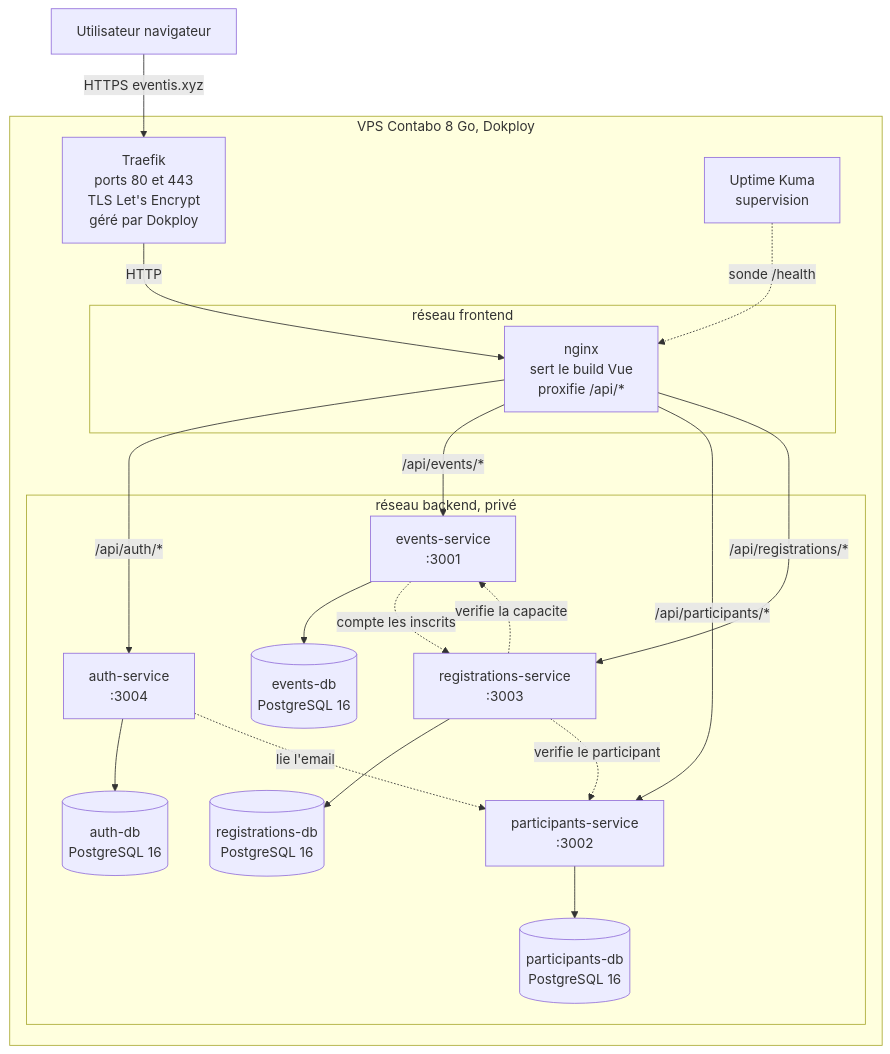
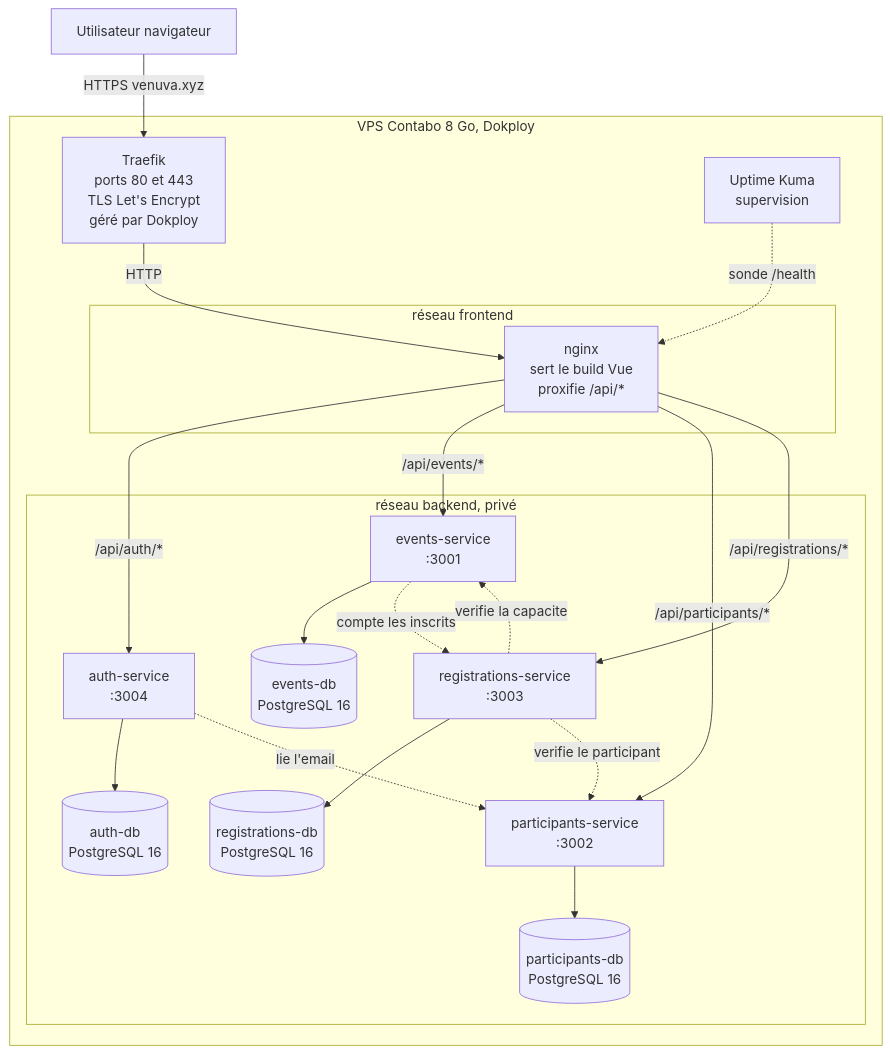
The first of 2 diagrams in knowledge-base/architecture/vue-ensemble.md (traorecheikh/eventis), drawn with Mermaid before and after one commit. The commit also changed other lines of this file and 14 other files, not shown here.

First line of the commit message:
docs(kb): renommer le domaine eventis.xyz en venuva.xyz

````diff
--- a/knowledge-base/architecture/vue-ensemble.md
+++ b/knowledge-base/architecture/vue-ensemble.md
@@ -5,45 +5,45 @@
 ```mermaid
 graph TB
     U[Utilisateur navigateur]
 
     subgraph VPS["VPS Contabo 8 Go, Dokploy"]
         T["Traefik<br/>ports 80 et 443<br/>TLS Let's Encrypt<br/>géré par Dokploy"]
 
         subgraph NET_FRONT["réseau frontend"]
             NG["nginx<br/>sert le build Vue<br/>proxifie /api/*"]
         end
 
         subgraph NET_BACK["réseau backend, privé"]
             AU["auth-service<br/>:3004"]
             EV["events-service<br/>:3001"]
             PA["participants-service<br/>:3002"]
             RE["registrations-service<br/>:3003"]
 
             AUDB[("auth-db<br/>PostgreSQL 16")]
             EVDB[("events-db<br/>PostgreSQL 16")]
             PADB[("participants-db<br/>PostgreSQL 16")]
             REDB[("registrations-db<br/>PostgreSQL 16")]
         end
 
         UK["Uptime Kuma<br/>supervision"]
     end
 
-    U -->|HTTPS eventis.xyz| T
+    U -->|HTTPS venuva.xyz| T
     T -->|HTTP| NG
     NG -->|/api/auth/*| AU
     NG -->|/api/events/*| EV
     NG -->|/api/participants/*| PA
     NG -->|/api/registrations/*| RE
 
     AU --> AUDB
     EV --> EVDB
     PA --> PADB
     RE --> REDB
 
     RE -.->|verifie la capacite| EV
     RE -.->|verifie le participant| PA
     EV -.->|compte les inscrits| RE
     AU -.->|lie l'email| PA
 
     UK -.->|sonde /health| NG
 ```
````
